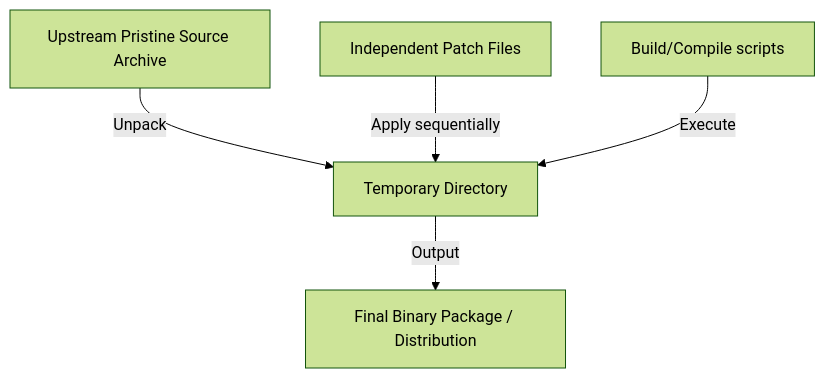
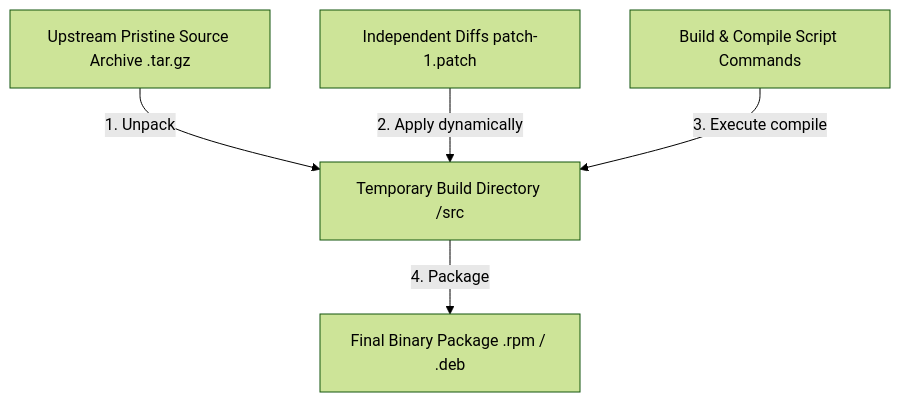
The diagram in src/laws/pristine-sources.md (otabekoff/principles), drawn with Mermaid (forest theme) before and after one commit. The commit also changed other lines of this file, not shown here.

Commit message:
docs: expand Pristine Sources article with Marc Ewing's RPM philosophy and SPEC workflows

````diff
--- a/src/laws/pristine-sources.md
+++ b/src/laws/pristine-sources.md
@@ -29,7 +50,7 @@
 ```mermaid
 graph TD
-    U[Upstream Pristine Source Archive] --> |Unpack| T[Temporary Directory]
-    P[Independent Patch Files] --> |Apply sequentially| T
-    B[Build/Compile scripts] --> |Execute| T
-    T --> |Output| O[Final Binary Package / Distribution]
+    U[Upstream Pristine Source Archive .tar.gz] --> |1. Unpack| T[Temporary Build Directory /src]
+    P[Independent Diffs patch-1.patch] --> |2. Apply dynamically| T
+    B[Build & Compile Script Commands] --> |3. Execute compile| T
+    T --> |4. Package| O[Final Binary Package .rpm / .deb]
 ```
````
